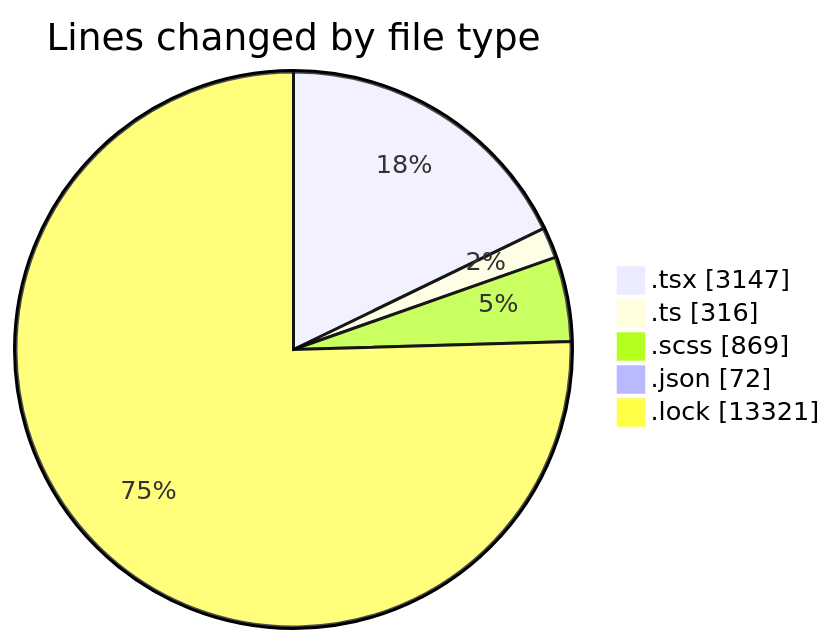
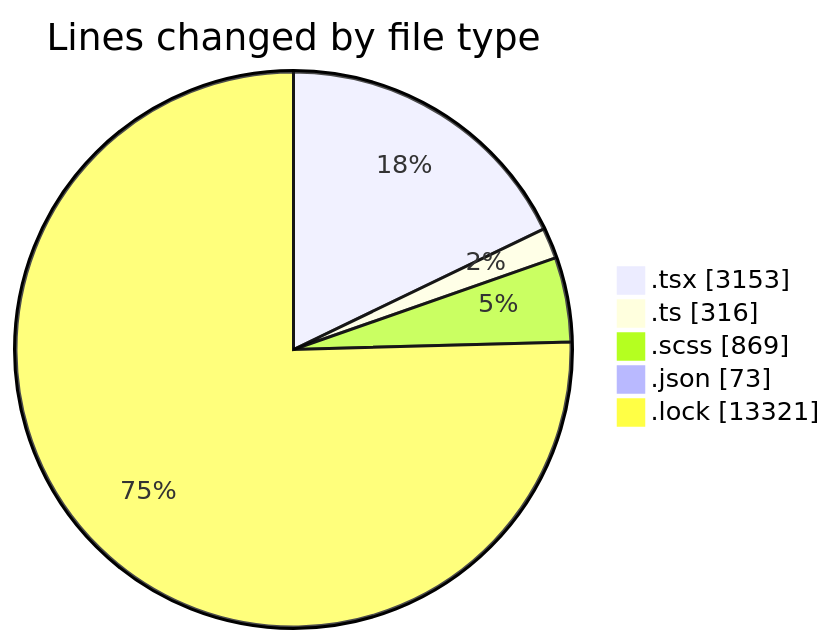
The first of 2 diagrams in 2025-02-12/cda/README.md (momahboobian/code-tracking), drawn with Mermaid before and after one commit. The commit also changed other lines of this file and 1 other file, not shown here.

Commit message:
type(activity): Update activity for Feb 12 * Modified functions: + totalLinesAdded (from 16041 to 16048) + totalLinesRemoved (from 1684 to 1685) + totalActiveTime (from 489 minutes to 494 minutes) * Files changed: + activity.json + README.md * Activity duration: 17 minutes

````diff
--- a/2025-02-12/cda/README.md
+++ b/2025-02-12/cda/README.md
@@ -38,9 +38,9 @@
 ```mermaid
 pie showData
 title Lines changed by file type
-".tsx" : 3147
+".tsx" : 3153
 ".ts" : 316
 ".scss" : 869
-".json" : 72
+".json" : 73
 ".lock" : 13321
 ```
````
